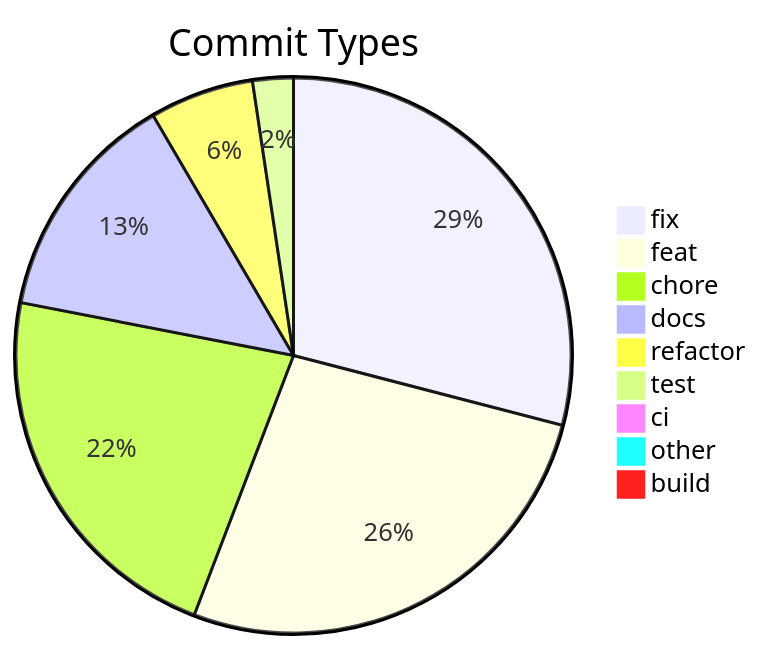
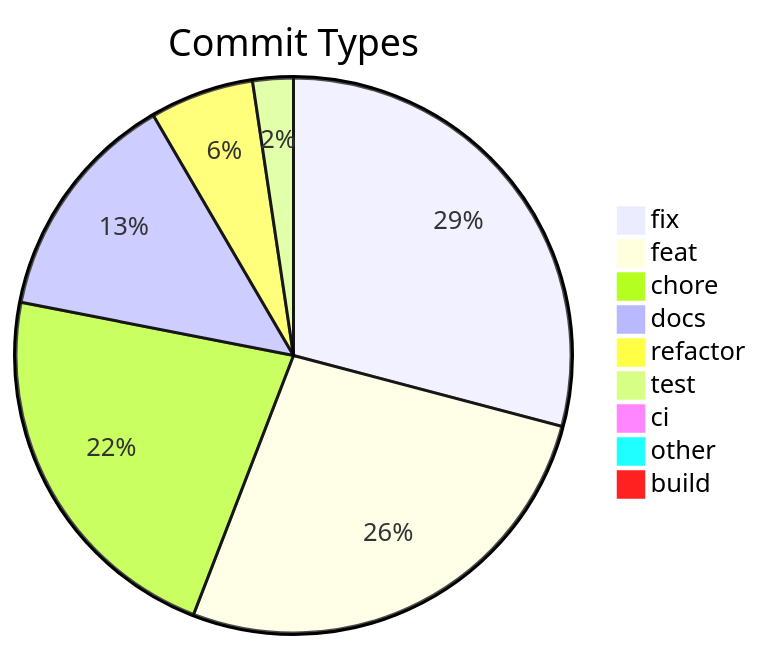
The diagram in .shipwright/compliance/change-history.md (svenroth-ai/shipwright), drawn with Mermaid before and after one commit. The commit also changed other lines of this file and 20 other files, not shown here.

````diff
--- a/.shipwright/compliance/change-history.md
+++ b/.shipwright/compliance/change-history.md
@@ -8,12 +8,12 @@
 ```mermaid
 pie title Commit Types
-    "fix" : 307
+    "fix" : 308
     "feat" : 283
     "chore" : 235
     "docs" : 143
     "refactor" : 64
     "test" : 25
     "ci" : 8
     "other" : 7
     "build" : 1
 ```
````
